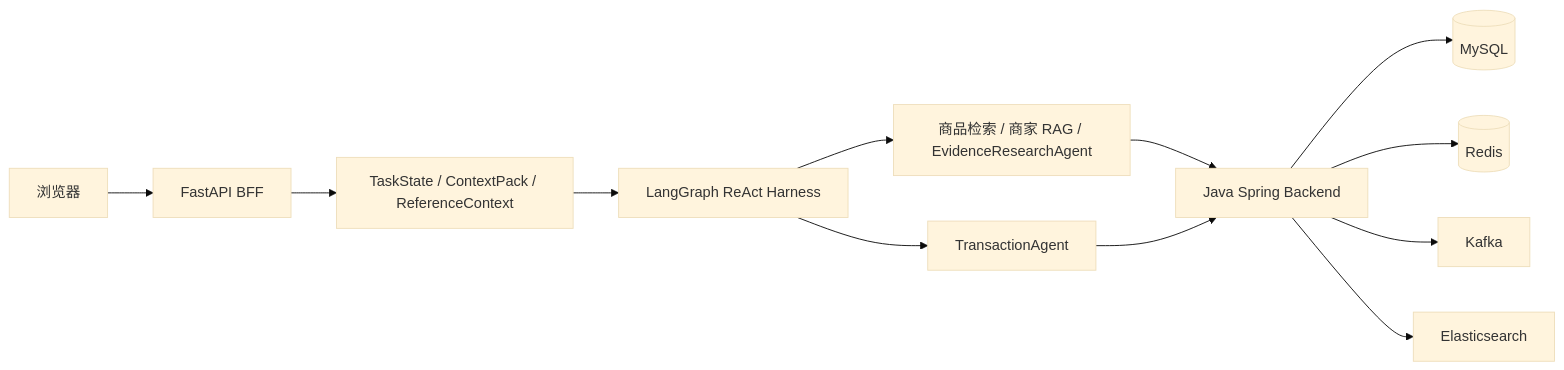
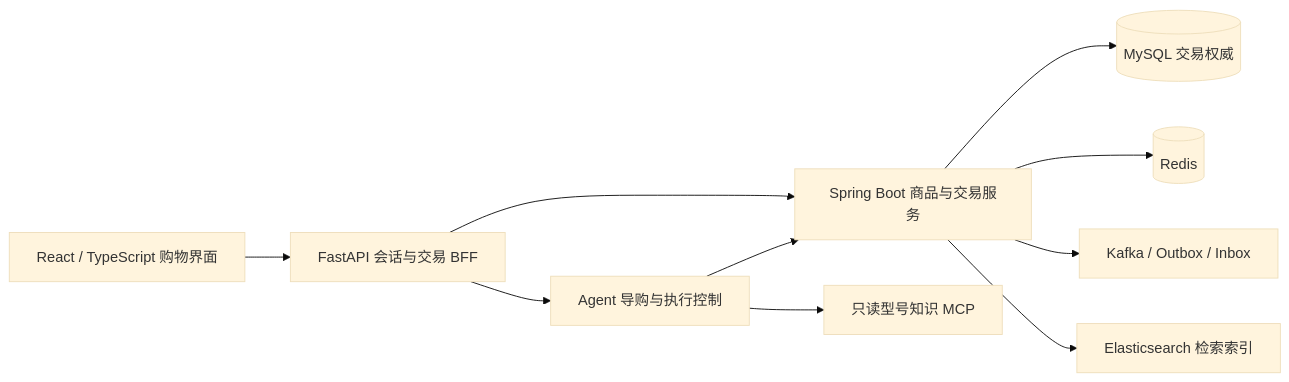
One commit to Osir1603644274/ecommerce-shopping-agent changed the diagram in README.md. Above: the diagram before and after it, drawn with Mermaid (base theme). The commit also changed other lines of this file and 5 other files, not shown here.

````diff
--- a/README.md
+++ b/README.md
@@ -20,14 +31,12 @@
 ```mermaid
 flowchart LR
-    U[浏览器] --> B[FastAPI BFF]
-    B --> S[TaskState / ContextPack / ReferenceContext]
-    S --> H[LangGraph ReAct Harness]
-    H --> R[商品检索 / 商家 RAG / EvidenceResearchAgent]
-    H --> T[TransactionAgent]
-    R --> J[Java Spring Backend]
-    T --> J
-    J --> M[(MySQL)]
-    J --> C[(Redis)]
-    J --> K[Kafka]
-    J --> E[Elasticsearch]
+    U[React / TypeScript 购物界面] --> B[FastAPI 会话与交易 BFF]
+    B --> A[Agent 导购与执行控制]
+    A --> J[Spring Boot 商品与交易服务]
+    A --> P[只读型号知识 MCP]
+    B --> J
+    J --> M[(MySQL 交易权威)]
+    J --> R[(Redis)]
+    J --> K[Kafka / Outbox / Inbox]
+    J --> E[Elasticsearch 检索索引]
 ```
````
